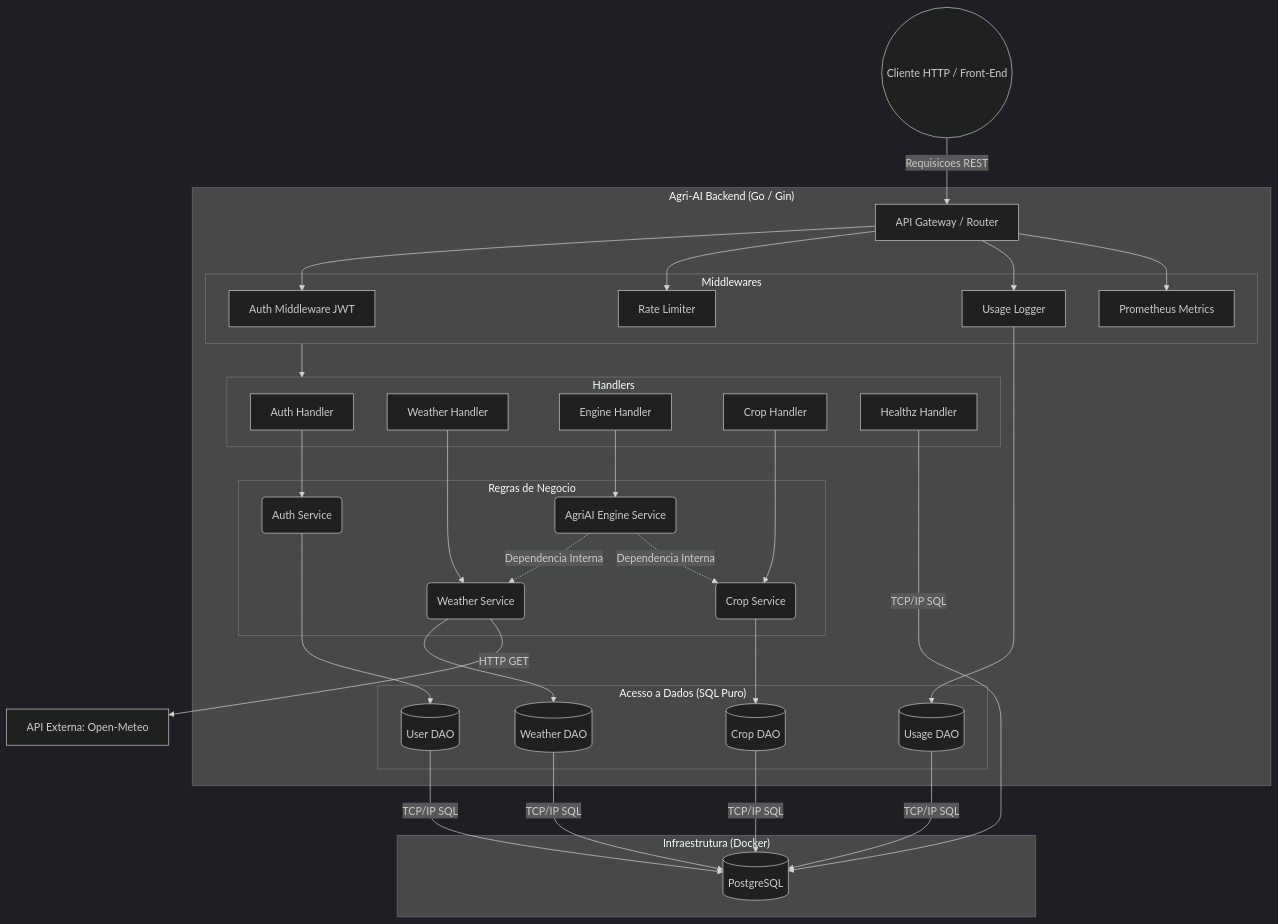
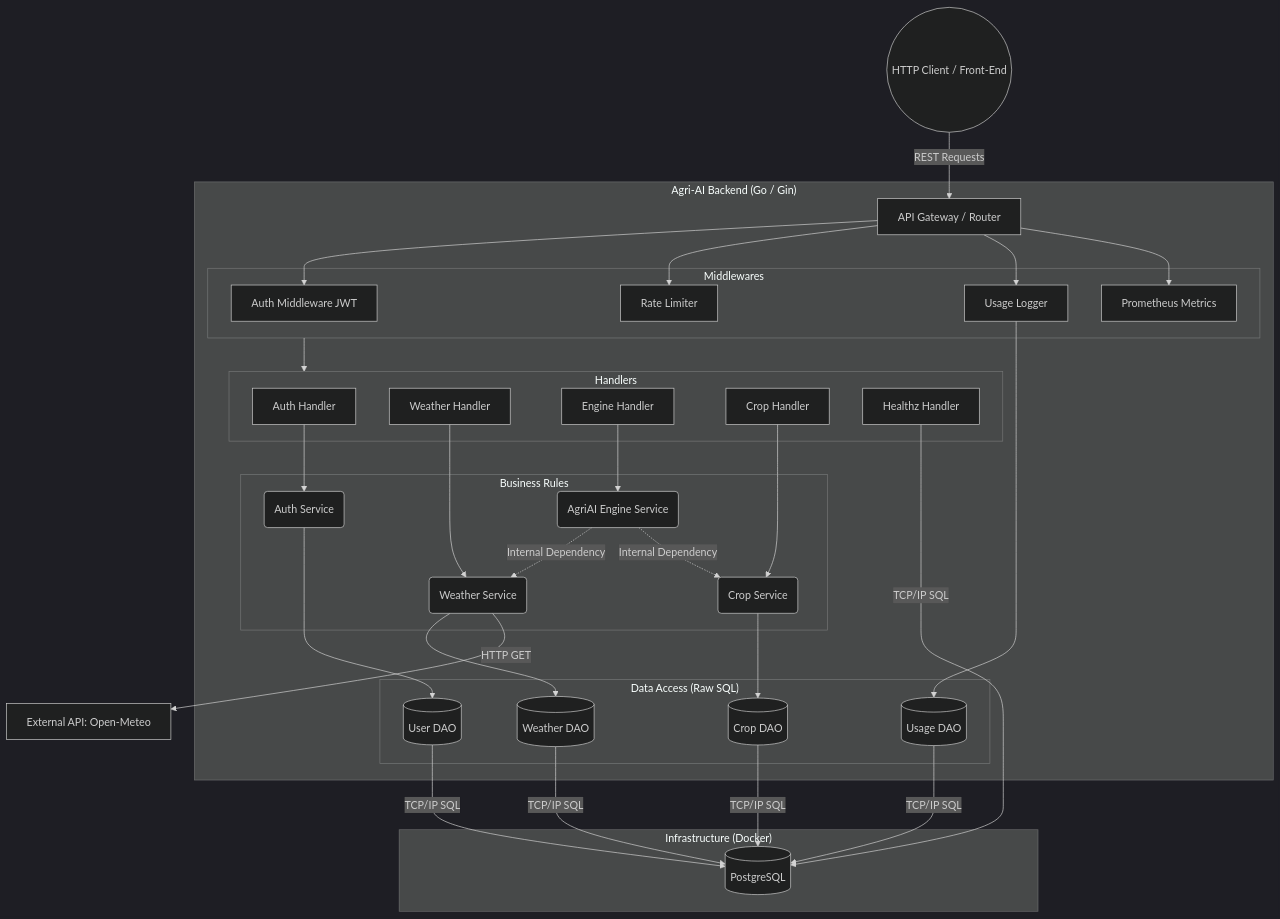
Before and after one commit to SgT012003/SOA-GS2: the diagram in README.md, drawn with Mermaid (dark theme). The commit also changed other lines of this file, not shown here.

Commit message:
docs: translate README architectural documentation to English

````diff
--- a/README.md
+++ b/README.md
@@ -35,61 +35,61 @@
 ```mermaid
 graph TD
-    Client((Cliente HTTP / Front-End)) -->|Requisicoes REST| API
+    Client((HTTP Client / Front-End)) -->|REST Requests| API
 
     subgraph Agri_AI_Backend ["Agri-AI Backend (Go / Gin)"]
         API[API Gateway / Router]
         
         subgraph Middlewares
             AuthMW[Auth Middleware JWT]
             RateMW[Rate Limiter]
             LogMW[Usage Logger]
             PromMW[Prometheus Metrics]
         end
         
         API --> AuthMW & RateMW & LogMW & PromMW
         
         subgraph Handlers
             AuthH[Auth Handler]
             WeaH[Weather Handler]
             EngH[Engine Handler]
             CropH[Crop Handler]
             HeaH[Healthz Handler]
         end
         
         Middlewares --> Handlers
         
-        subgraph Services ["Regras de Negocio"]
+        subgraph Services ["Business Rules"]
             AuthS(Auth Service)
             WeaS(Weather Service)
             EngS(AgriAI Engine Service)
             CropS(Crop Service)
         end
         
         AuthH --> AuthS
         WeaH --> WeaS
         CropH --> CropS
         EngH --> EngS
         
-        EngS -.->|Dependencia Interna| WeaS
-        EngS -.->|Dependencia Interna| CropS
+        EngS -.->|Internal Dependency| WeaS
+        EngS -.->|Internal Dependency| CropS
         
-        subgraph DAO ["Acesso a Dados (SQL Puro)"]
+        subgraph DAO ["Data Access (Raw SQL)"]
             UserD[(User DAO)]
             WeaD[(Weather DAO)]
             CropD[(Crop DAO)]
             UsageD[(Usage DAO)]
         end
         
         AuthS --> UserD
         WeaS --> WeaD
         CropS --> CropD
         LogMW --> UsageD
     end
 
-    subgraph Infraestrutura ["Infraestrutura (Docker)"]
+    subgraph Infrastructure ["Infrastructure (Docker)"]
         DB[(PostgreSQL)]
     end
 
     UserD & WeaD & CropD & UsageD & HeaH -->|TCP/IP SQL| DB
-    WeaS -->|HTTP GET| OpenMeteo[API Externa: Open-Meteo]
+    WeaS -->|HTTP GET| OpenMeteo[External API: Open-Meteo]
 ```
````
